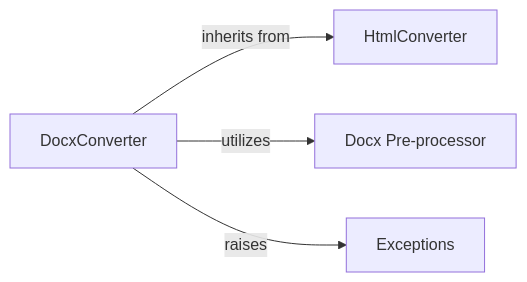
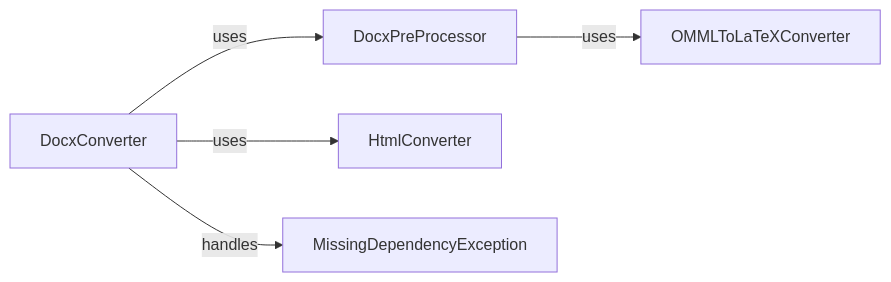
One commit to CodeBoarding/GeneratedOnBoardings changed the diagram in markitdown/DocxConverter.md. Above: the diagram before and after it, drawn with Mermaid. The commit also changed other lines of this file and 33 other files, not shown here.

````diff
--- a/markitdown/DocxConverter.md
+++ b/markitdown/DocxConverter.md
@@ -1,11 +1,14 @@
 ```mermaid
 graph LR
     DocxConverter["DocxConverter"]
+    DocxPreProcessor["DocxPreProcessor"]
+    OMMLToLaTeXConverter["OMMLToLaTeXConverter"]
     HtmlConverter["HtmlConverter"]
-    Docx_Pre_processor["Docx Pre-processor"]
-    Exceptions["Exceptions"]
-    DocxConverter -- "inherits from" --> HtmlConverter
-    DocxConverter -- "utilizes" --> Docx_Pre_processor
-    DocxConverter -- "raises" --> Exceptions
+    MissingDependencyException["MissingDependencyException"]
+    DocxConverter -- "uses" --> DocxPreProcessor
+    DocxConverter -- "uses" --> HtmlConverter
+    DocxConverter -- "handles" --> MissingDependencyException
+    DocxPreProcessor -- "uses" --> OMMLToLaTeXConverter
     click DocxConverter href "https://github.com/CodeBoarding/GeneratedOnBoardings/blob/main//markitdown/DocxConverter.md" "Details"
+    click HtmlConverter href "https://github.com/CodeBoarding/GeneratedOnBoardings/blob/main//markitdown/HtmlConverter.md" "Details"
 ```
````
